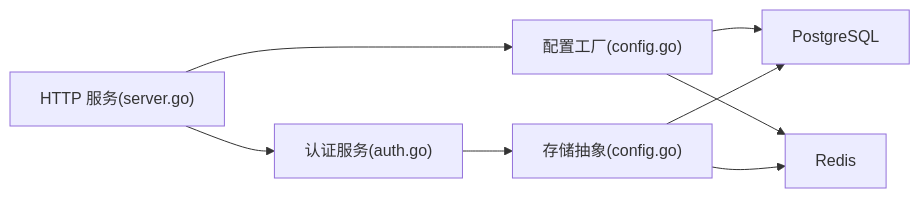
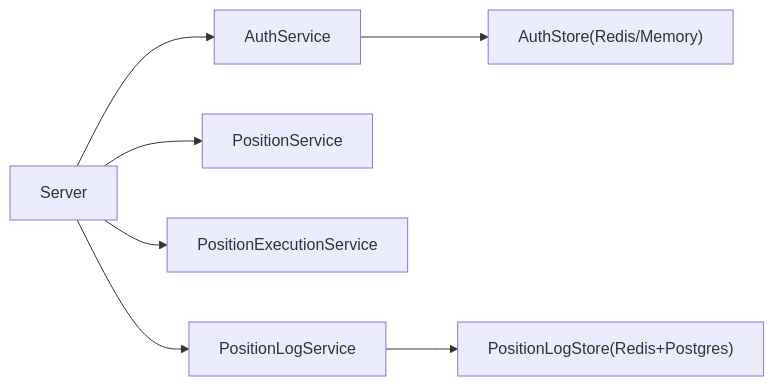
The sixth of 6 diagrams in .qoder/repowiki/zh/content/部署指南/生产环境部署/性能调优与安全加固.md (alvinwangzi/goodhr), drawn with Mermaid before and after one commit. The commit also changed other lines of this file and 149 other files, not shown here.

````diff
--- a/.qoder/repowiki/zh/content/部署指南/生产环境部署/性能调优与安全加固.md
+++ b/.qoder/repowiki/zh/content/部署指南/生产环境部署/性能调优与安全加固.md
@@ -190,10 +189,9 @@
 ```mermaid
 graph LR
-Server["HTTP 服务(server.go)"] --> Config["配置工厂(config.go)"]
-Config --> PG["PostgreSQL"]
-Config --> Redis["Redis"]
-Server --> Auth["认证服务(auth.go)"]
-Auth --> Store["存储抽象(config.go)"]
-Store --> Redis
-Store --> PG
+Server["Server"] --> AuthService["AuthService"]
+Server --> PositionService["PositionService"]
+Server --> PositionExecution["PositionExecutionService"]
+Server --> PositionLogService["PositionLogService"]
+AuthService --> AuthStore["AuthStore(Redis/Memory)"]
+PositionLogService --> PositionLogStore["PositionLogStore(Redis+Postgres)"]
 ```
````
